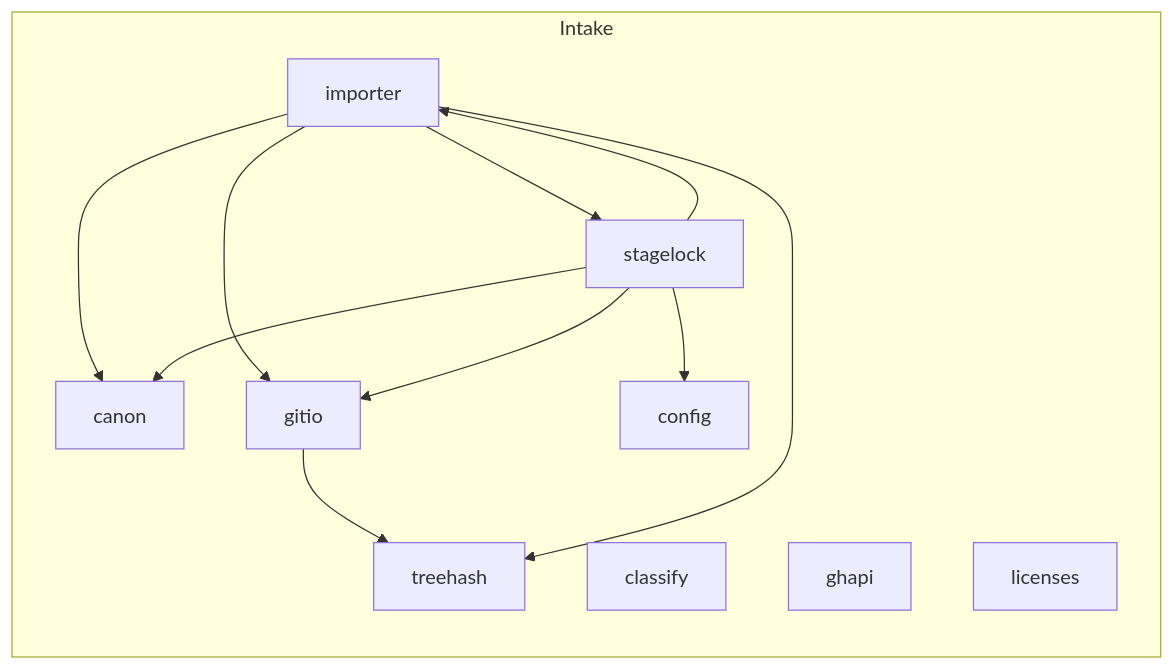
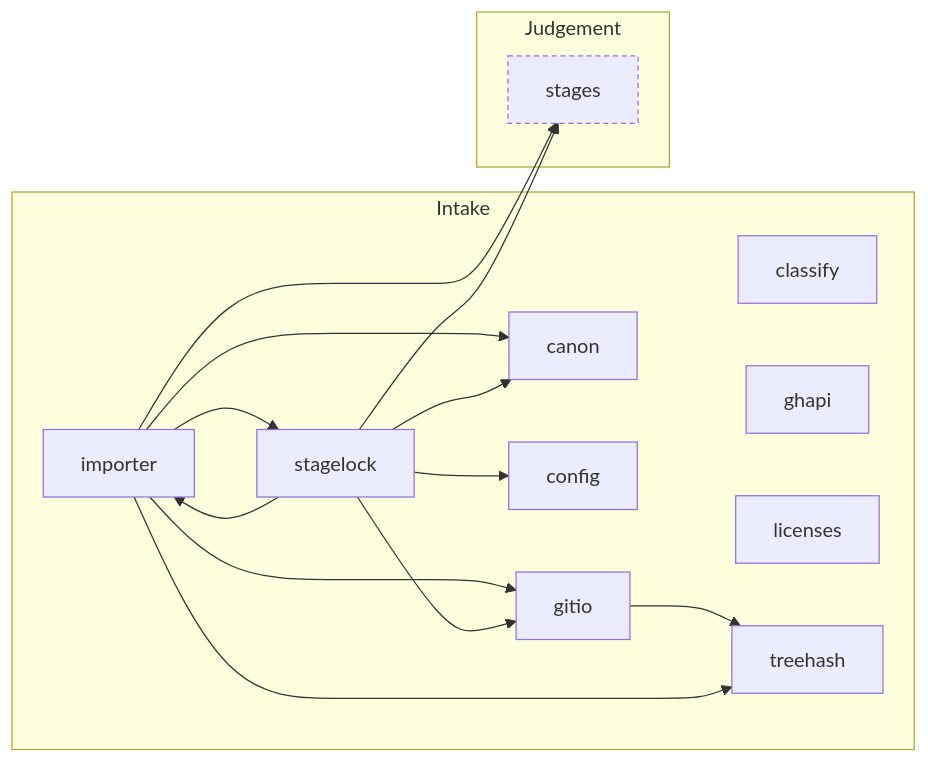
One commit to Okan-wqm/snowball-mcp changed the fourth of 8 diagrams in docs/harita.md. Above: the diagram before and after it, drawn with Mermaid. The commit also changed other lines of this file and 11 other files, not shown here.

````diff
--- a/docs/harita.md
+++ b/docs/harita.md
@@ -170,24 +171,29 @@
 ```mermaid
 flowchart LR
   subgraph a_Intake["Intake"]
     m_canon["canon"]
     m_classify["classify"]
     m_config["config"]
     m_ghapi["ghapi"]
     m_gitio["gitio"]
     m_importer["importer"]
     m_licenses["licenses"]
     m_stagelock["stagelock"]
     m_treehash["treehash"]
   end
+  subgraph a_Judgement["Judgement"]
+    m_stages["stages"]:::outside
+  end
   m_gitio --> m_treehash
   m_importer --> m_canon
   m_importer --> m_gitio
   m_importer --> m_stagelock
+  m_importer --> m_stages
   m_importer --> m_treehash
   m_stagelock --> m_canon
   m_stagelock --> m_config
   m_stagelock --> m_gitio
   m_stagelock --> m_importer
+  m_stagelock --> m_stages
   classDef outside stroke-dasharray: 4 3
 ```
````
